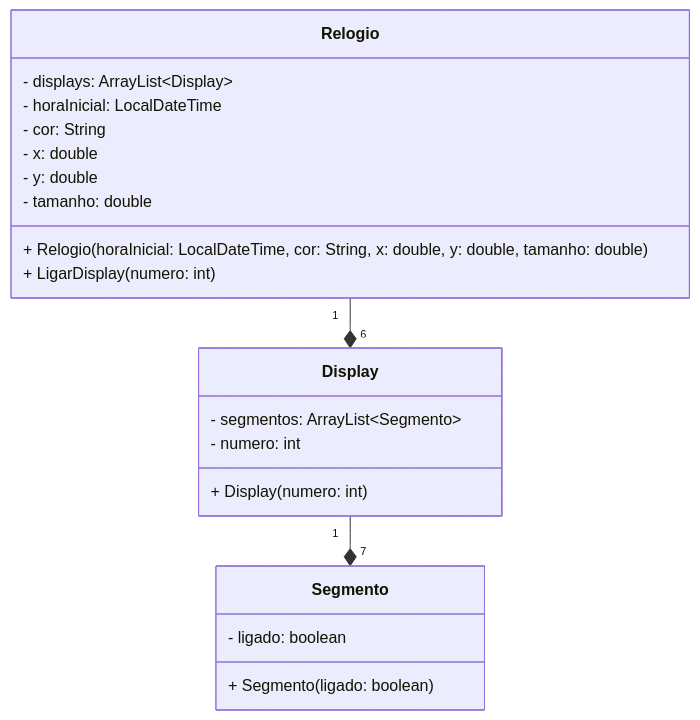
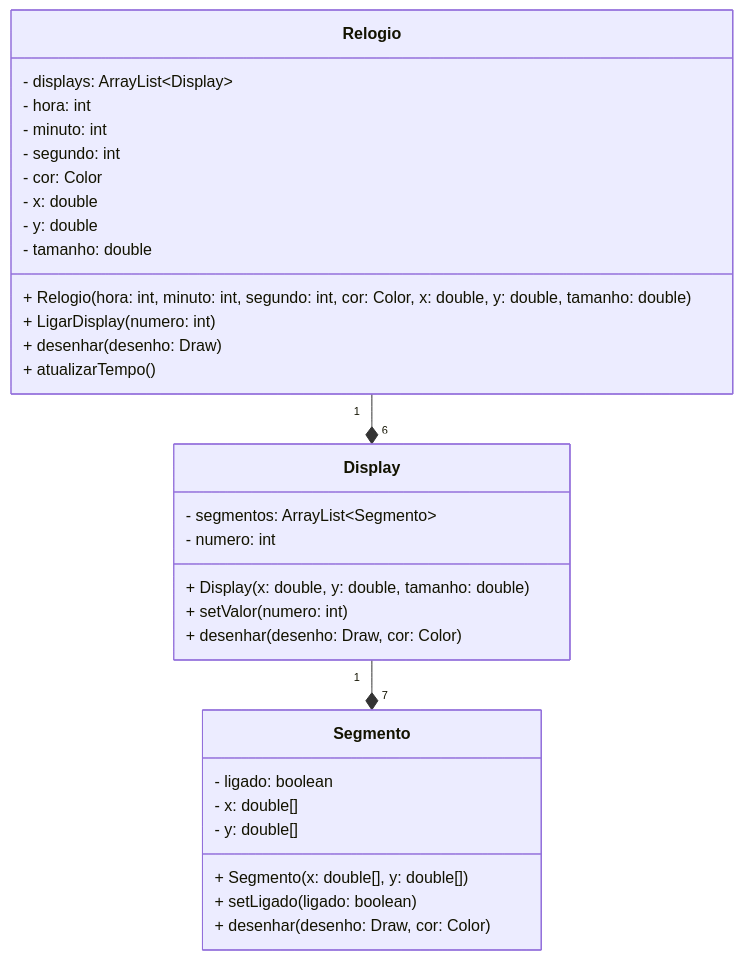
Before and after one commit to sfvini/POO: the diagram in lab_05/README.md, drawn with Mermaid. The commit also changed 2 other files, not shown here.

Commit message:
lab 05 - diagrama e Segmento

````diff
--- a/lab_05/README.md
+++ b/lab_05/README.md
@@ -3,29 +3,39 @@
 ```mermaid
 classDiagram
     direction TB
     
     Relogio "1" --* "6" Display
     Display "1" --* "7" Segmento
-
+ 
     class Relogio {
             - displays: ArrayList~Display~
-            - horaInicial: LocalDateTime
-            - cor: String
+            - hora: int
+            - minuto: int
+            - segundo: int
+            - cor: Color
             - x: double
             - y: double
             - tamanho: double
-            + Relogio(horaInicial: LocalDateTime, cor: String, x: double, y: double, tamanho: double)
+            + Relogio(hora: int, minuto: int, segundo: int, cor: Color, x: double, y: double, tamanho: double)
             + LigarDisplay(numero: int)
+            + desenhar(desenho: Draw)
+            + atualizarTempo()
         }
 
     class Display {
         - segmentos: ArrayList~Segmento~
         - numero: int
-        + Display(numero: int)
+        + Display(x: double, y: double, tamanho: double)
+        + setValor(numero: int)
+        + desenhar(desenho: Draw, cor: Color)
     }
 
     class Segmento {
         - ligado: boolean
-        + Segmento(ligado: boolean)
+        - x: double[]
+        - y: double[]
+        + Segmento(x: double[], y: double[])
+        + setLigado(ligado: boolean)
+        + desenhar(desenho: Draw, cor: Color)
     }
 ```
````
